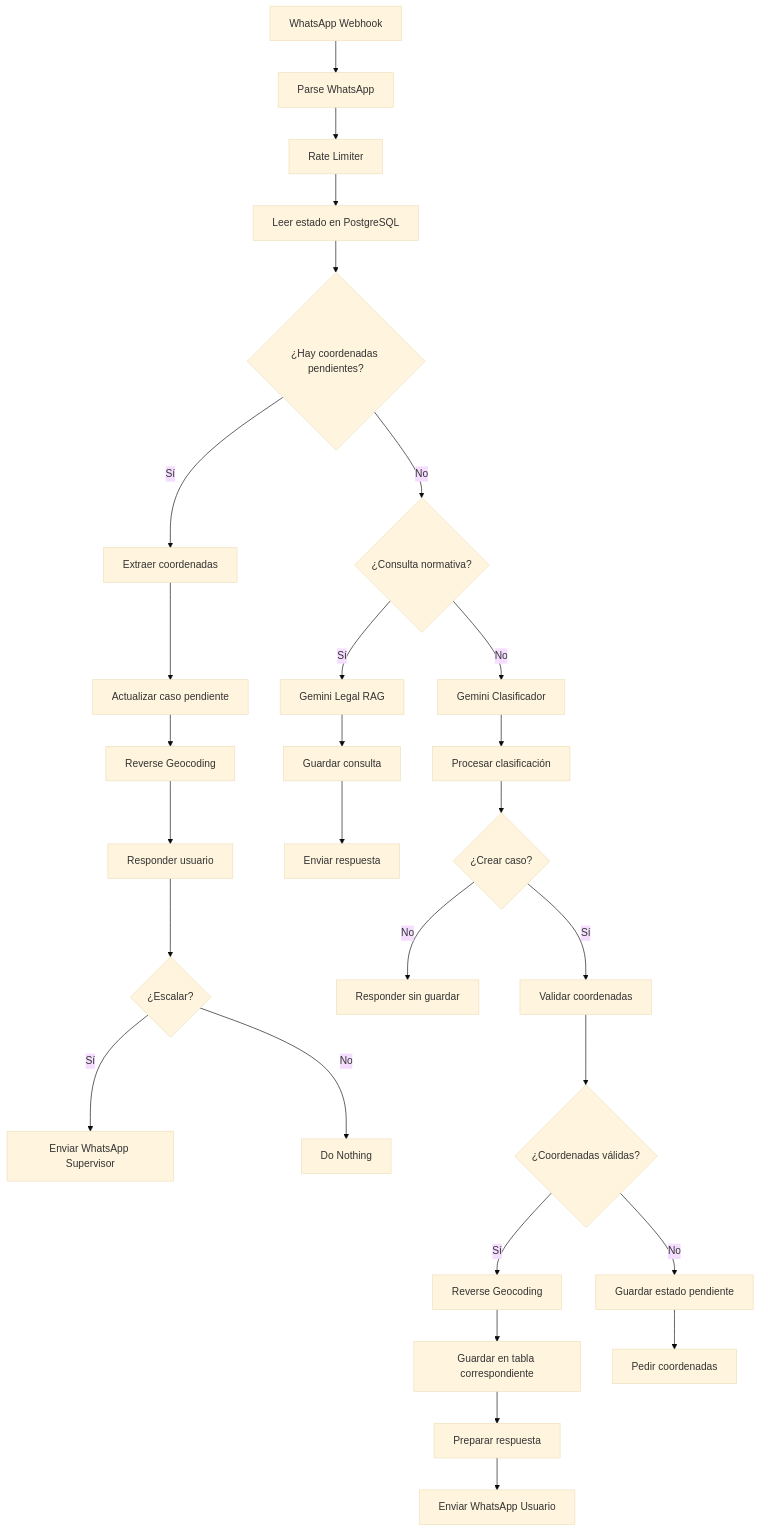
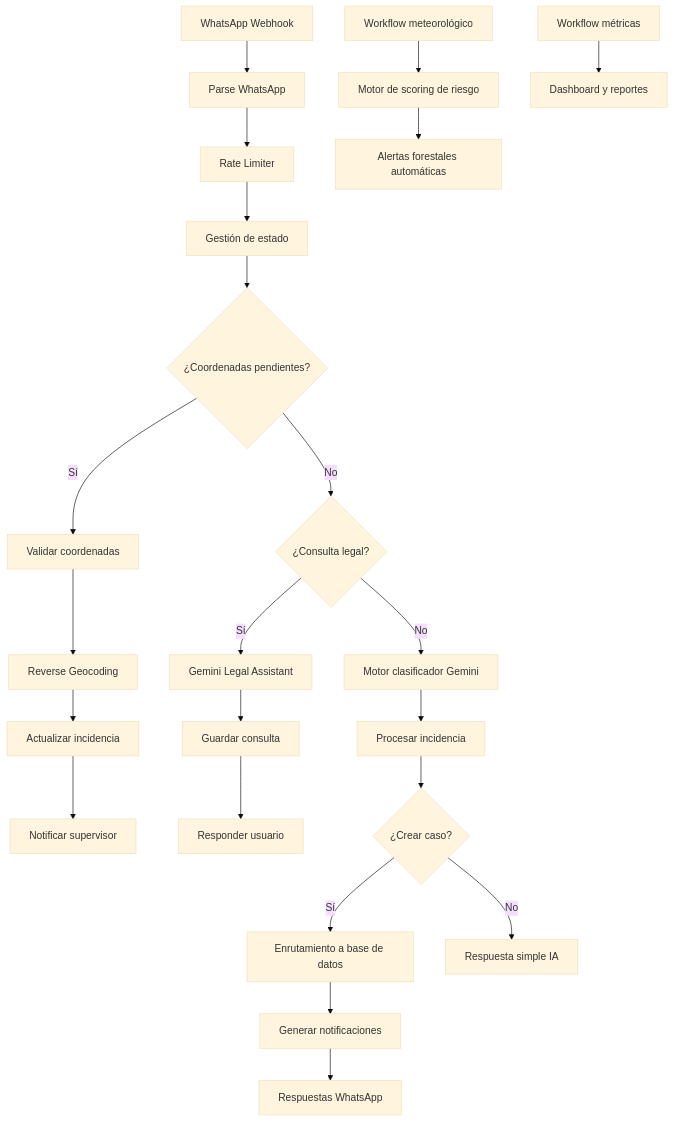
One commit to alejandro-orbis/AI-Forest-Assistant changed the diagram in README.ES.md. Above: the diagram before and after it, drawn with Mermaid (base theme). The commit also changed other lines of this file, not shown here.

````diff
--- a/README.ES.md
+++ b/README.ES.md
@@ -91,33 +82,33 @@
 ```mermaid
 flowchart TD
     A[WhatsApp Webhook] --> B[Parse WhatsApp]
     B --> C[Rate Limiter]
-    C --> D[Leer estado en PostgreSQL]
-    D --> E{¿Hay coordenadas pendientes?}
+    C --> D[Gestión de estado]
+    D --> E{¿Coordenadas pendientes?}
 
-    E -->|Sí| F[Extraer coordenadas]
-    F --> G[Actualizar caso pendiente]
-    G --> H[Reverse Geocoding]
-    H --> I[Responder usuario]
-    I --> J{¿Escalar?}
-    J -->|Sí| K[Enviar WhatsApp Supervisor]
-    J -->|No| L[Do Nothing]
+    E -->|Sí| F[Validar coordenadas]
+    F --> G[Reverse Geocoding]
+    G --> H[Actualizar incidencia]
+    H --> I[Notificar supervisor]
 
-    E -->|No| M{¿Consulta normativa?}
-    M -->|Sí| N[Gemini Legal RAG]
-    N --> O[Guardar consulta]
-    O --> P[Enviar respuesta]
+    E -->|No| J{¿Consulta legal?}
 
-    M -->|No| Q[Gemini Clasificador]
-    Q --> R[Procesar clasificación]
-    R --> S{¿Crear caso?}
-    S -->|No| T[Responder sin guardar]
-    S -->|Sí| U[Validar coordenadas]
-    U --> V{¿Coordenadas válidas?}
-    V -->|Sí| W[Reverse Geocoding]
-    W --> X[Guardar en tabla correspondiente]
-    X --> Y[Preparar respuesta]
-    Y --> Z[Enviar WhatsApp Usuario]
-    V -->|No| AA[Guardar estado pendiente]
-    AA --> AB[Pedir coordenadas]
+    J -->|Sí| K[Gemini Legal Assistant]
+    K --> L[Guardar consulta]
+    L --> M[Responder usuario]
+
+    J -->|No| N[Motor clasificador Gemini]
+    N --> O[Procesar incidencia]
+    O --> P{¿Crear caso?}
+
+    P -->|Sí| Q[Enrutamiento a base de datos]
+    Q --> R[Generar notificaciones]
+    R --> S[Respuestas WhatsApp]
+
+    P -->|No| T[Respuesta simple IA]
+
+    U[Workflow meteorológico] --> V[Motor de scoring de riesgo]
+    V --> W[Alertas forestales automáticas]
+
+    X[Workflow métricas] --> Y[Dashboard y reportes]
 ```
````
